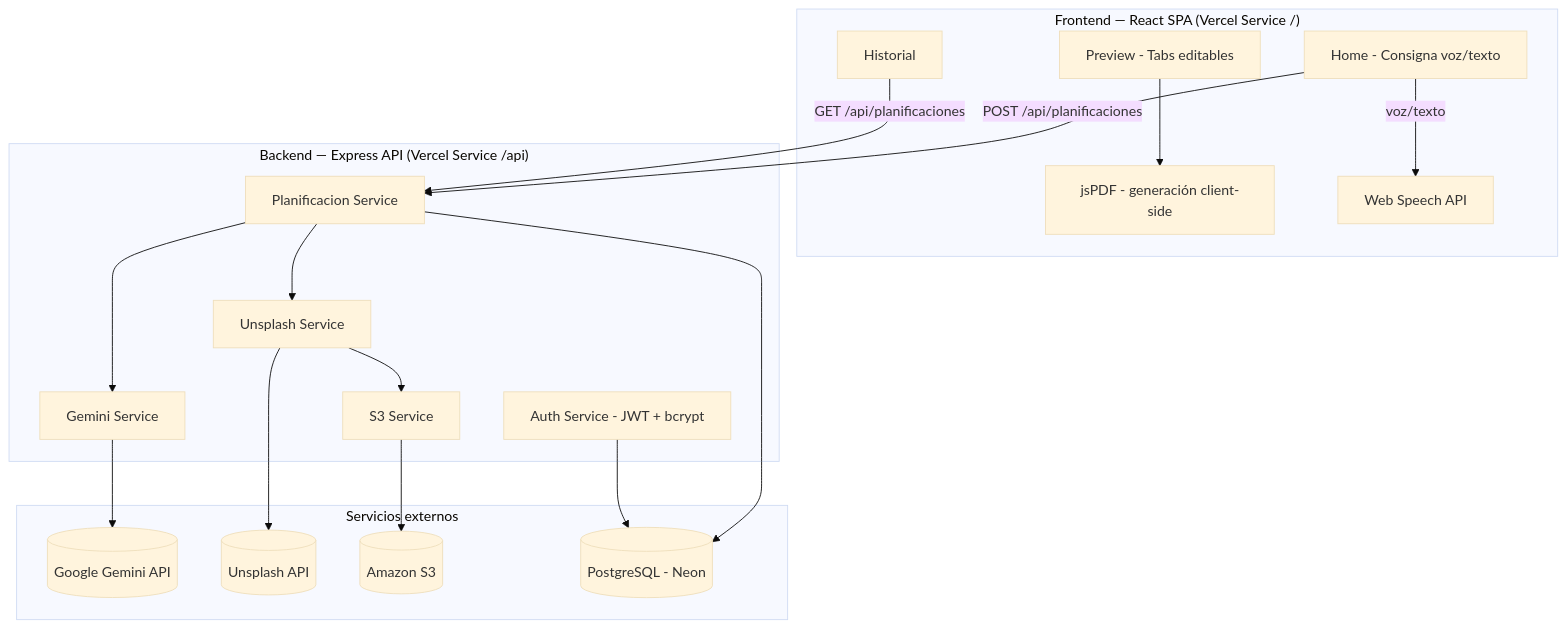
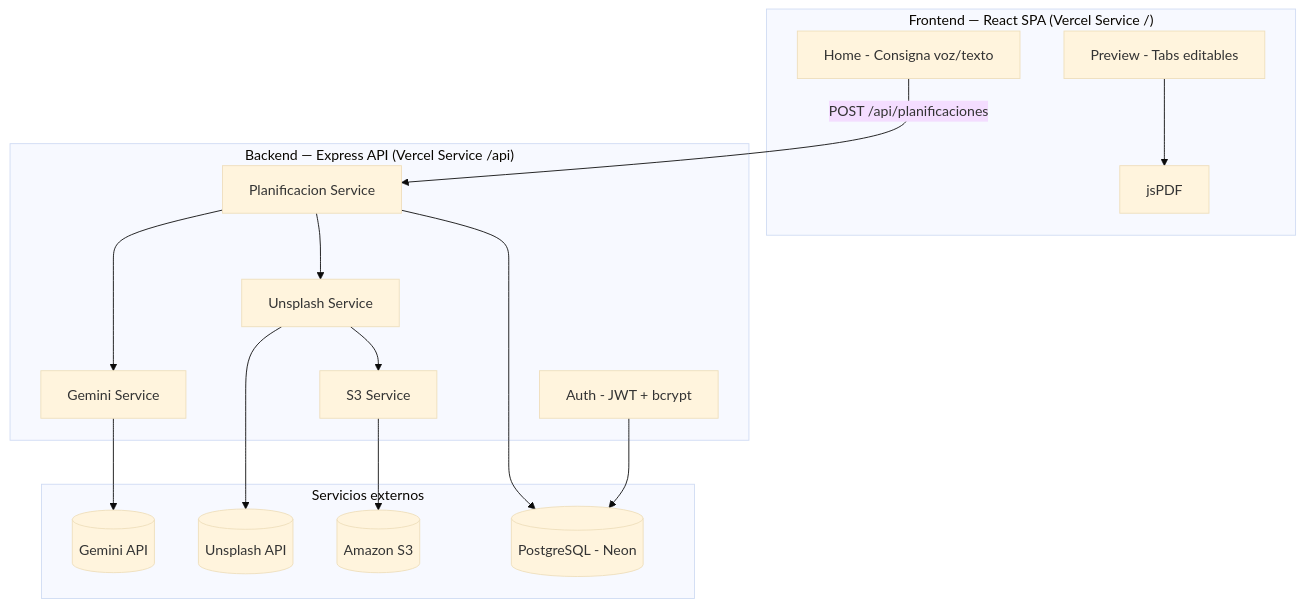
One commit to AgusRey04/AWS-y-Kiro-Hackathon changed the diagram in README.md. Above: the diagram before and after it, drawn with Mermaid (base theme). The commit also changed other lines of this file, not shown here.

````diff
--- a/README.md
+++ b/README.md
@@ -61,35 +34,31 @@
 ```mermaid
 graph TB
     subgraph Cliente["Frontend — React SPA (Vercel Service /)"]
         HOME[Home - Consigna voz/texto]
         PREVIEW[Preview - Tabs editables]
-        HISTORY[Historial]
-        PDF[jsPDF - generación client-side]
-        VOICE[Web Speech API]
+        PDF[jsPDF]
     end
 
     subgraph Servidor["Backend — Express API (Vercel Service /api)"]
-        AUTH_SVC[Auth Service - JWT + bcrypt]
+        AUTH_SVC[Auth - JWT + bcrypt]
         PLAN_SVC[Planificacion Service]
         GEMINI_SVC[Gemini Service]
         UNSPLASH_SVC[Unsplash Service]
         S3_SVC[S3 Service]
     end
 
     subgraph Externo["Servicios externos"]
-        GEMINI[(Google Gemini API)]
+        GEMINI[(Gemini API)]
         UNSPLASH[(Unsplash API)]
         S3[(Amazon S3)]
         DB[(PostgreSQL - Neon)]
     end
 
-    HOME -- voz/texto --> VOICE
     HOME -- POST /api/planificaciones --> PLAN_SVC
     PLAN_SVC --> GEMINI_SVC --> GEMINI
     PLAN_SVC --> UNSPLASH_SVC --> UNSPLASH
     UNSPLASH_SVC --> S3_SVC --> S3
     PLAN_SVC --> DB
     AUTH_SVC --> DB
     PREVIEW --> PDF
-    HISTORY -- GET /api/planificaciones --> PLAN_SVC
 ```
````
